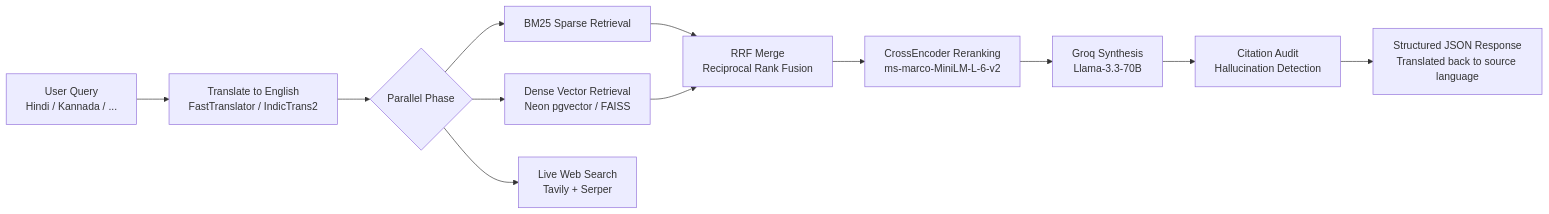
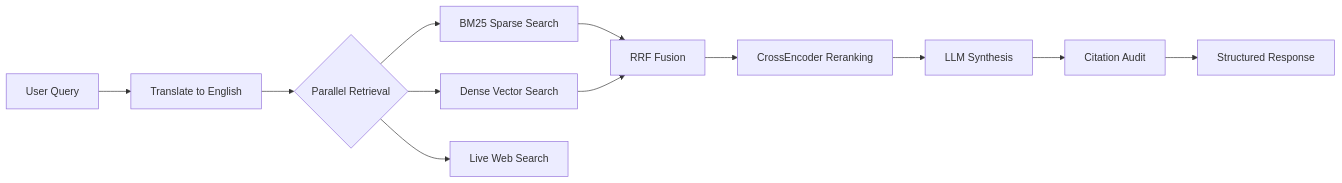
Before and after one commit to Christen24/LegalSarathi: the first of 2 diagrams in README.md, drawn with Mermaid. The commit also changed other lines of this file, not shown here.

````diff
--- a/README.md
+++ b/README.md
@@ -49,14 +73,14 @@
 ```mermaid
 flowchart LR
-    A[User Query<br/>Hindi / Kannada / ...] --> B[Translate to English<br/>FastTranslator / IndicTrans2]
-    B --> C{Parallel Phase}
-    C --> D[BM25 Sparse Retrieval]
-    C --> E[Dense Vector Retrieval<br/>Neon pgvector / FAISS]
-    C --> F[Live Web Search<br/>Tavily + Serper]
-    D --> G[RRF Merge<br/>Reciprocal Rank Fusion]
+    A[User Query] --> B[Translate to English]
+    B --> C{Parallel Retrieval}
+    C --> D[BM25 Sparse Search]
+    C --> E[Dense Vector Search]
+    C --> F[Live Web Search]
+    D --> G[RRF Fusion]
     E --> G
-    G --> H[CrossEncoder Reranking<br/>ms-marco-MiniLM-L-6-v2]
-    H --> I[Groq Synthesis<br/>Llama-3.3-70B]
-    I --> J[Citation Audit<br/>Hallucination Detection]
-    J --> K[Structured JSON Response<br/>Translated back to source language]
+    G --> H[CrossEncoder Reranking]
+    H --> I[LLM Synthesis]
+    I --> J[Citation Audit]
+    J --> K[Structured Response]
 ```
````
